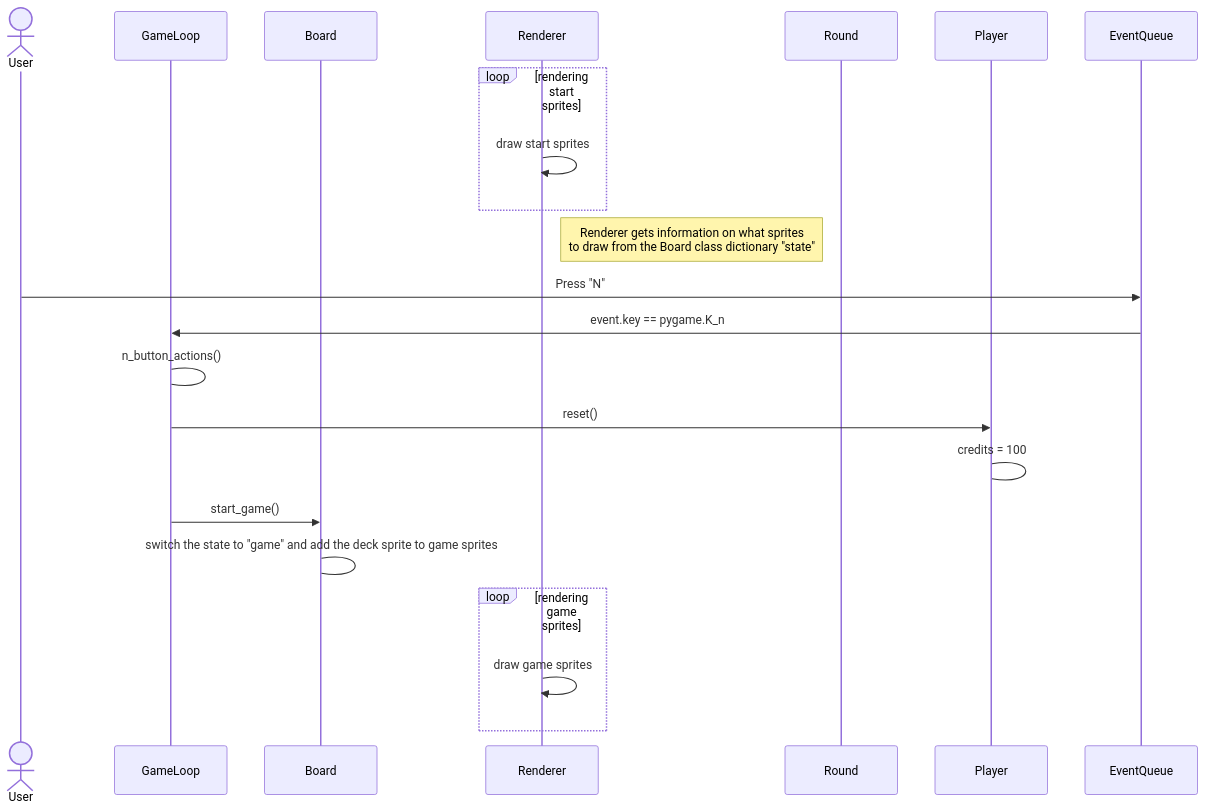
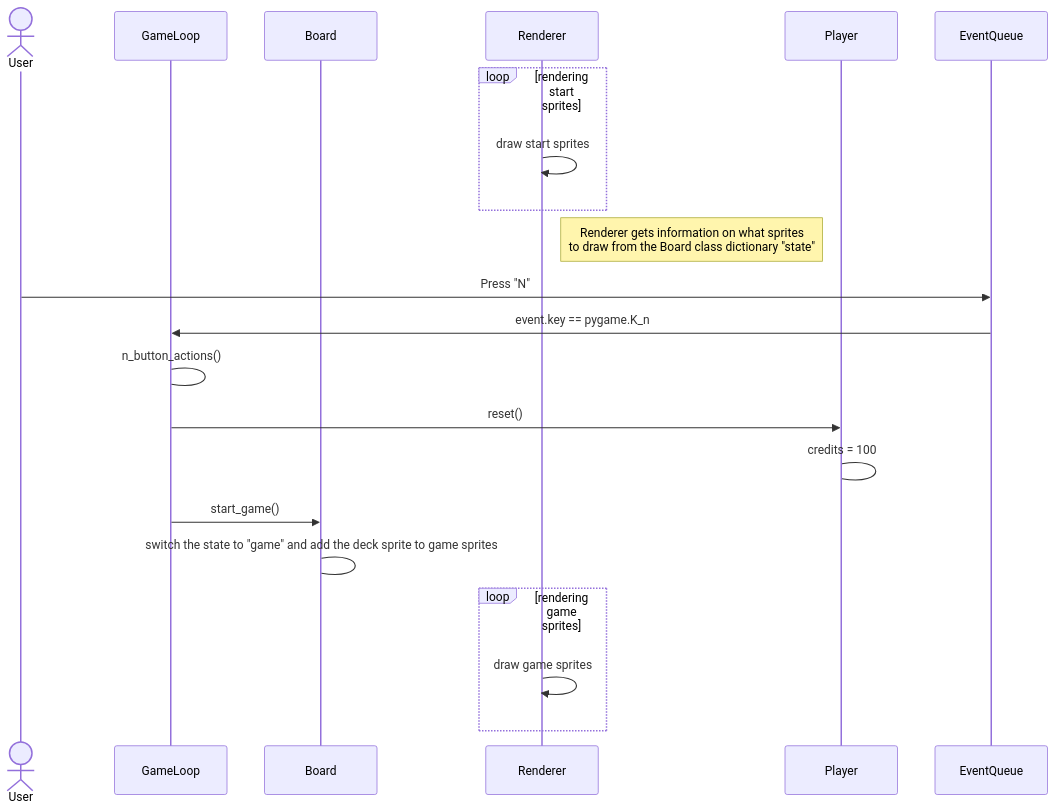
The diagram in dokumentaatio/arkkitehtuuri.md (SJET-Code/ot-harjoitustyo), drawn with Mermaid before and after one commit.

````diff
--- a/dokumentaatio/arkkitehtuuri.md
+++ b/dokumentaatio/arkkitehtuuri.md
@@ -15,24 +15,23 @@
 ```mermaid
 sequenceDiagram
   actor U as User
   participant GL as GameLoop
   participant B as Board
   participant Ren as Renderer
-  participant R as Round
   participant P as Player
   participant E as EventQueue
   loop rendering start sprites
     Ren->>Ren: draw start sprites
   end
   Note right of Ren: Renderer gets information on what sprites<br/>to draw from the Board class dictionary "state"
   U->>E: Press "N"
   E->>GL: event.key == pygame.K_n
   GL->GL: n_button_actions()
   GL->>P: reset()
   P->P: credits = 100
   GL->>B: start_game()
   B->B: switch the state to "game" and add the deck sprite to game sprites
   loop rendering game sprites
     Ren->>Ren: draw game sprites
   end
 ```
````
